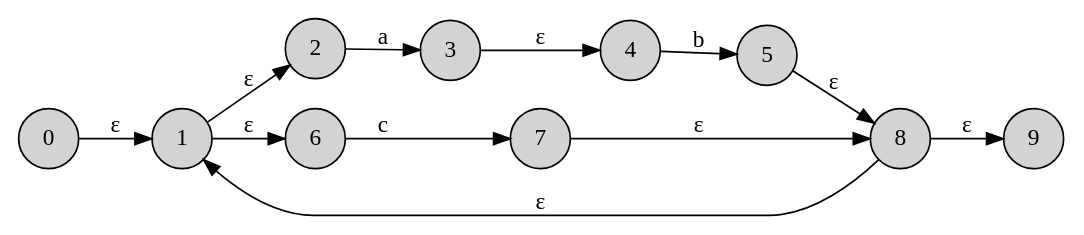
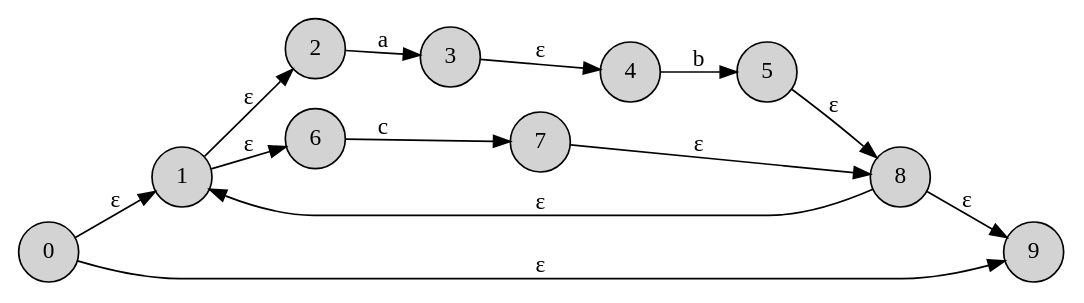
One commit to illusory0x0/containers.mbt changed the diagram in automaton/__snapshot__/nfa_trans_complex.dot. Above: the diagram before and after it, drawn with Graphviz. The commit also changed 10 other files, not shown here.

```diff
--- a/automaton/__snapshot__/nfa_trans_complex.dot
+++ b/automaton/__snapshot__/nfa_trans_complex.dot
@@ -1,26 +1,27 @@
 
 digraph {
 rankdir=LR;
 node [shape = circle; style = filled;];
 0->1[label="ε"];
+0->9[label="ε"];
 1->2[label="ε"];
 1->6[label="ε"];
 2->3[label="a"];
 3->4[label="ε"];
 4->5[label="b"];
 5->8[label="ε"];
 6->7[label="c"];
 7->8[label="ε"];
 8->1[label="ε"];
 8->9[label="ε"];
 0 [label="0";]
 1 [label="1";]
 2 [label="2";]
 3 [label="3";]
 4 [label="4";]
 5 [label="5";]
 6 [label="6";]
 7 [label="7";]
 8 [label="8";]
 9 [label="9";]
 }
```
